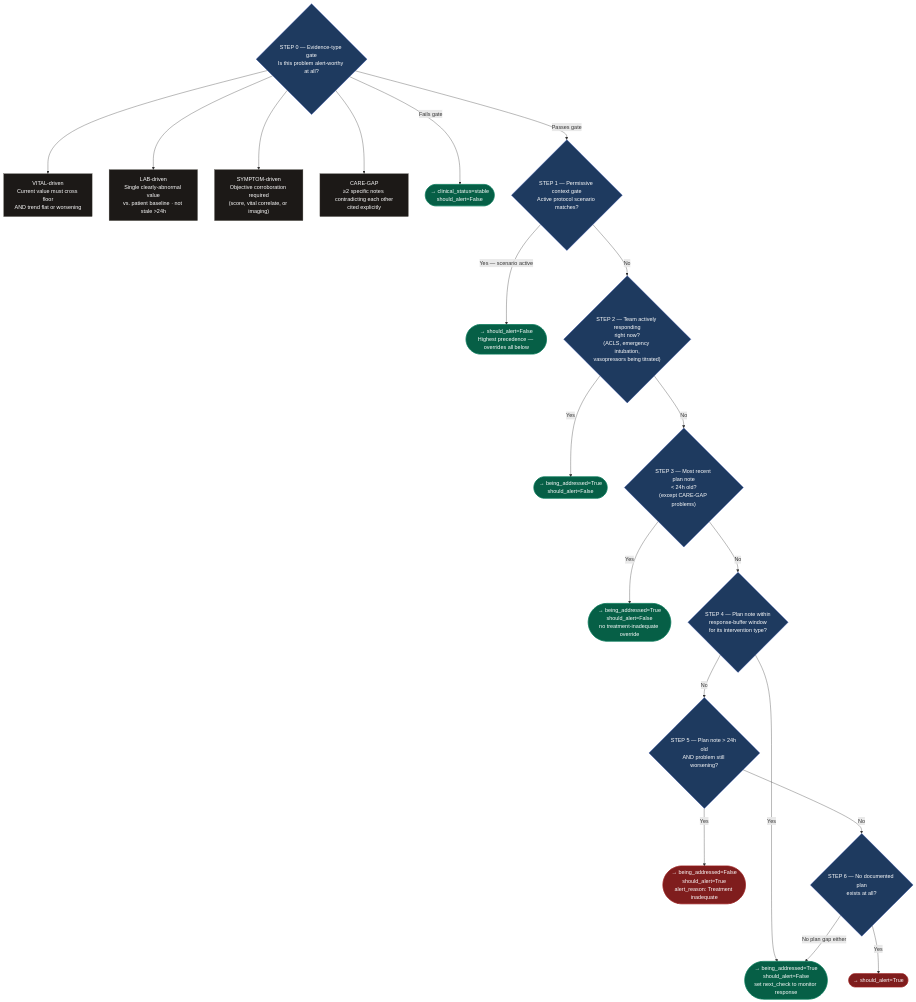
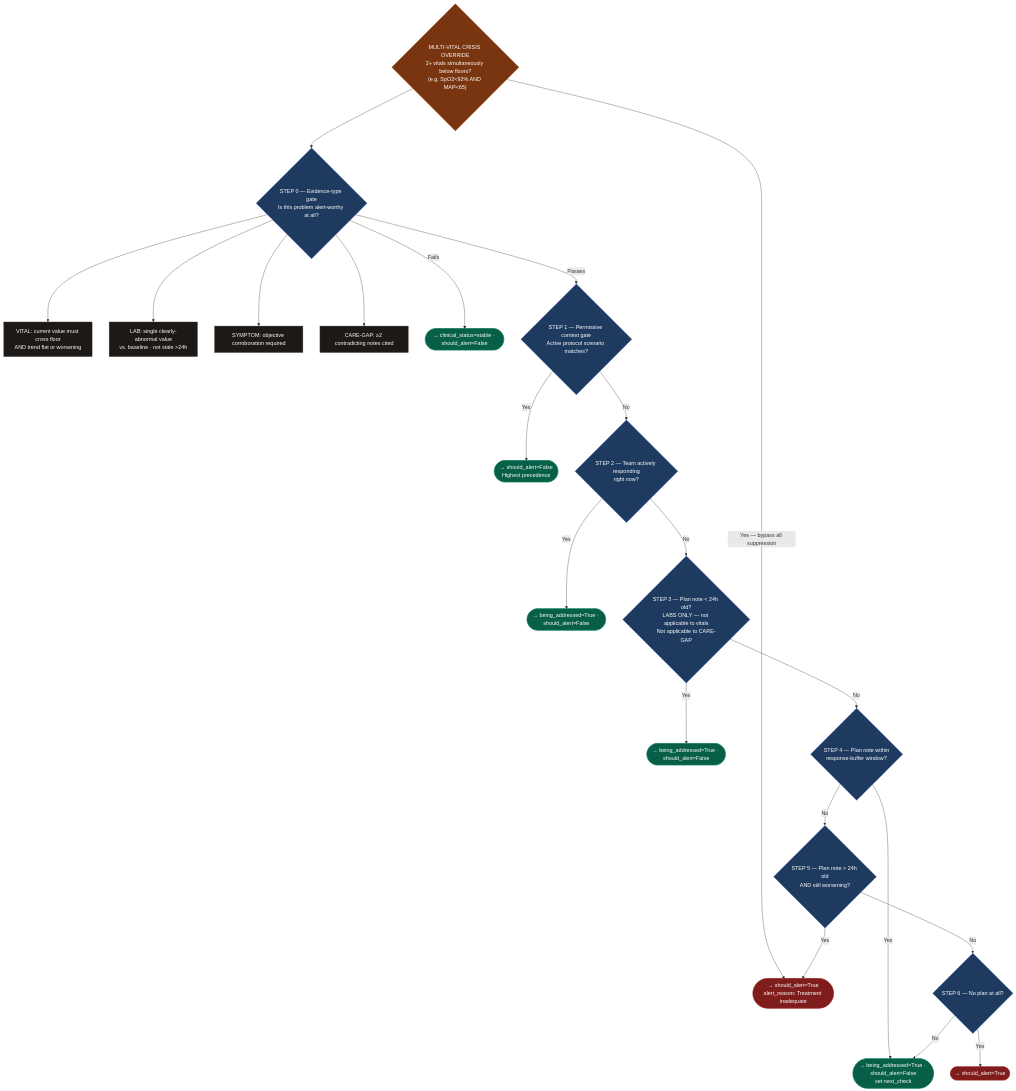
The third of 4 diagrams in dashboard/docs/pipeline_overview.md (drdileepunni/llm_wiki), drawn with Mermaid before and after one commit. The commit also changed other lines of this file and 6 other files, not shown here.

````diff
--- a/dashboard/docs/pipeline_overview.md
+++ b/dashboard/docs/pipeline_overview.md
@@ -77,59 +145,56 @@
 ```mermaid
 flowchart TD
     classDef gate fill:#1e3a5f,color:#fff,stroke:#1e40af
     classDef suppress fill:#065f46,color:#fff,stroke:#047857
     classDef alert fill:#7f1d1d,color:#fff,stroke:#991b1b
     classDef check fill:#1c1917,color:#fff,stroke:#57534e
+    classDef override fill:#78350f,color:#fff,stroke:#b45309
+
+    MVC{"MULTI-VITAL CRISIS OVERRIDE\n2+ vitals simultaneously below floors?\n(e.g. SpO2<92% AND MAP<65)"}:::override
+    MVC -->|Yes — bypass all suppression| ALERT5
 
     S0{"STEP 0 — Evidence-type gate\nIs this problem alert-worthy at all?"}:::gate
-
-    S0V["VITAL-driven\nCurrent value must cross floor\nAND trend flat or worsening"]:::check
-    S0L["LAB-driven\nSingle clearly-abnormal value\nvs. patient baseline · not stale >24h"]:::check
-    S0SY["SYMPTOM-driven\nObjective corroboration required\n(score, vital correlate, or imaging)"]:::check
-    S0CG["CARE-GAP\n≥2 specific notes contradicting each other\ncited explicitly"]:::check
-
-    FAIL0(["→ clinical_status=stable\nshould_alert=False"]):::suppress
+    S0V["VITAL: current value must cross floor\nAND trend flat or worsening"]:::check
+    S0L["LAB: single clearly-abnormal value\nvs. baseline · not stale >24h"]:::check
+    S0SY["SYMPTOM: objective corroboration required"]:::check
+    S0CG["CARE-GAP: ≥2 contradicting notes cited"]:::check
+    FAIL0(["→ clinical_status=stable · should_alert=False"]):::suppress
 
     S1{"STEP 1 — Permissive context gate\nActive protocol scenario matches?"}:::gate
-    SUPP1(["→ should_alert=False\nHighest precedence — overrides all below"]):::suppress
+    SUPP1(["→ should_alert=False\nHighest precedence"]):::suppress
 
-    S2{"STEP 2 — Team actively responding\nright now?\n(ACLS, emergency intubation,\nvasopressors being titrated)"}:::gate
-    SUPP2(["→ being_addressed=True\nshould_alert=False"]):::suppress
+    S2{"STEP 2 — Team actively responding\nright now?"}:::gate
+    SUPP2(["→ being_addressed=True · should_alert=False"]):::suppress
 
-    S3{"STEP 3 — Most recent plan note\n< 24h old?\n(except CARE-GAP problems)"}:::gate
-    SUPP3(["→ being_addressed=True\nshould_alert=False\nno treatment-inadequate override"]):::suppress
+    S3{"STEP 3 — Plan note < 24h old?\nLABS ONLY — not applicable to vitals\nNot applicable to CARE-GAP"}:::gate
+    SUPP3(["→ being_addressed=True · should_alert=False"]):::suppress
 
-    S4{"STEP 4 — Plan note within\nresponse-buffer window\nfor its intervention type?"}:::gate
-    SUPP4(["→ being_addressed=True\nshould_alert=False\nset next_check to monitor response"]):::suppress
+    S4{"STEP 4 — Plan note within\nresponse-buffer window?"}:::gate
+    SUPP4(["→ being_addressed=True · should_alert=False\nset next_check"]):::suppress
 
-    S5{"STEP 5 — Plan note > 24h old\nAND problem still worsening?"}:::gate
-    ALERT5(["→ being_addressed=False\nshould_alert=True\nalert_reason: Treatment inadequate"]):::alert
+    S5{"STEP 5 — Plan note > 24h old\nAND still worsening?"}:::gate
+    ALERT5(["→ should_alert=True\nalert_reason: Treatment inadequate"]):::alert
 
-    S6{"STEP 6 — No documented plan\nexists at all?"}:::gate
+    S6{"STEP 6 — No plan at all?"}:::gate
     ALERT6(["→ should_alert=True"]):::alert
 
-    S0 -->|Passes gate| S1
-    S0 -->|Fails gate| FAIL0
+    MVC --> S0
+    S0 -->|Passes| S1
+    S0 -->|Fails| FAIL0
     S0 --> S0V
     S0 --> S0L
     S0 --> S0SY
     S0 --> S0CG
-
-    S1 -->|Yes — scenario active| SUPP1
+    S1 -->|Yes| SUPP1
     S1 -->|No| S2
-
     S2 -->|Yes| SUPP2
     S2 -->|No| S3
-
     S3 -->|Yes| SUPP3
     S3 -->|No| S4
-
     S4 -->|Yes| SUPP4
     S4 -->|No| S5
-
     S5 -->|Yes| ALERT5
     S5 -->|No| S6
-
     S6 -->|Yes| ALERT6
-    S6 -->|No plan gap either| SUPP4
+    S6 -->|No| SUPP4
 ```
````
